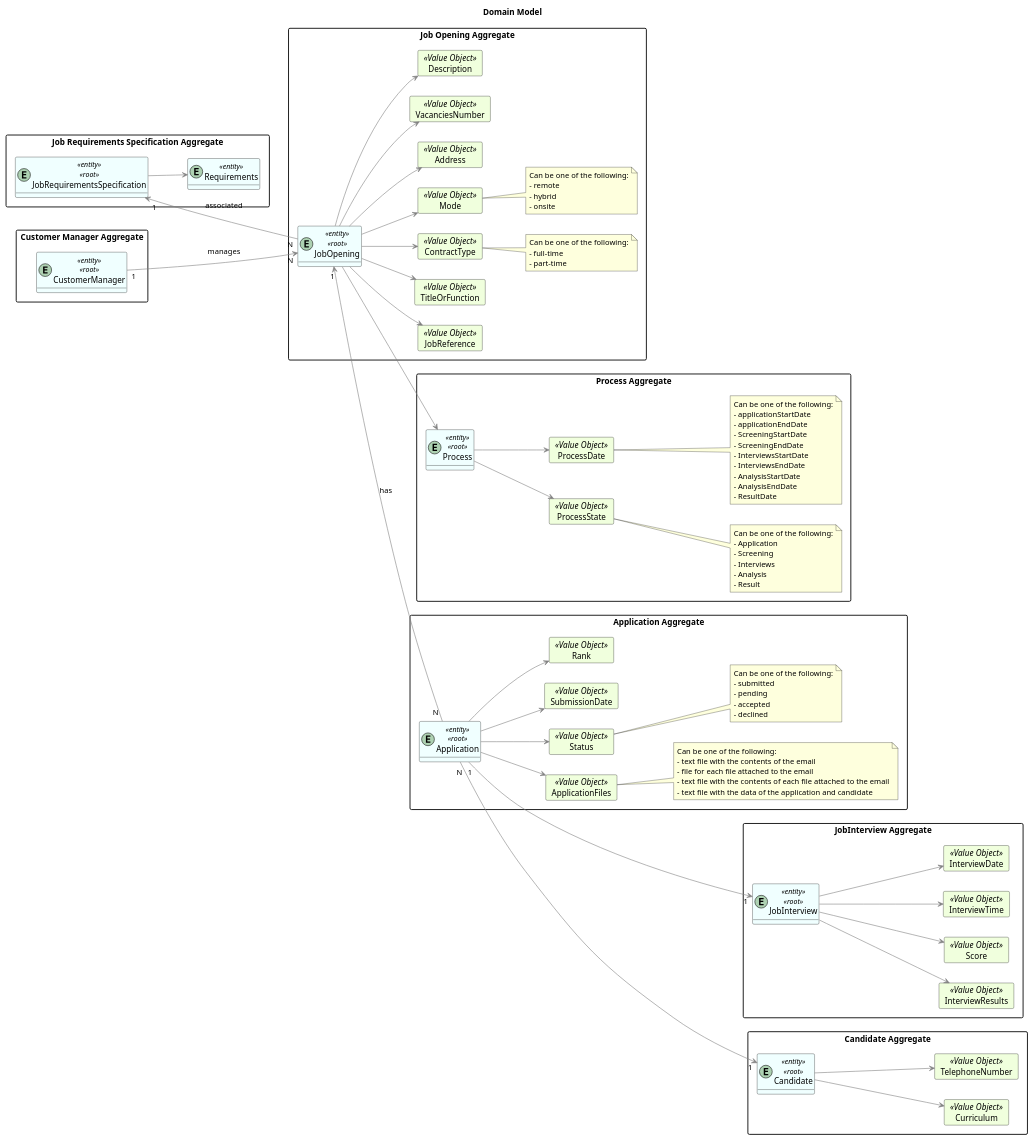
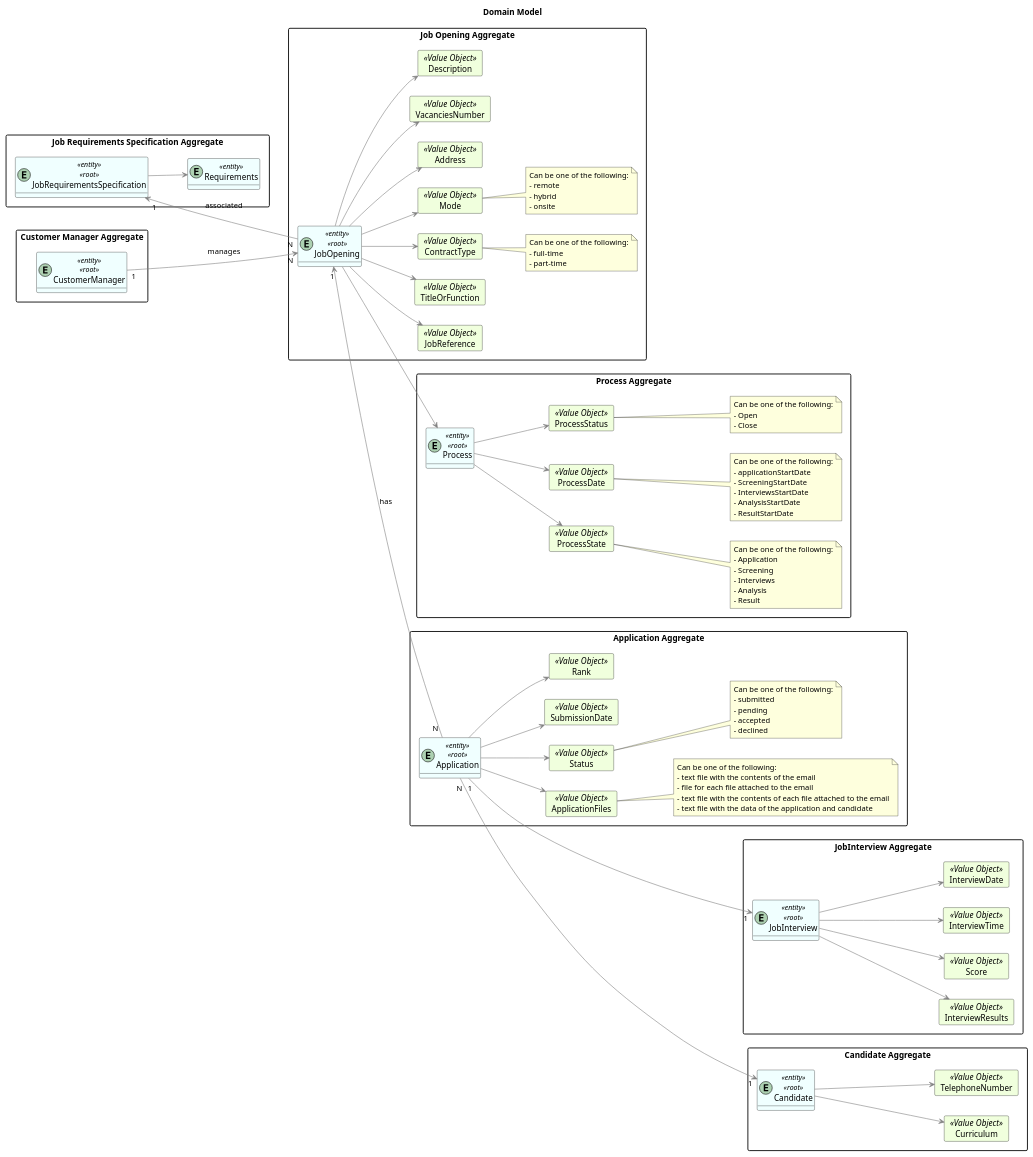
One commit to MiguelCardoso77/LAPR4 changed the diagram in docs/SprintC/1-job-interviews-evaluation/domain-model.puml. Above: the diagram before and after it, drawn with PlantUML. The commit also changed 3 other files, not shown here.

```diff
--- a/docs/SprintC/1-job-interviews-evaluation/domain-model.puml
+++ b/docs/SprintC/1-job-interviews-evaluation/domain-model.puml
@@ -1,189 +1,194 @@
 @startuml
 hide methods
 left to right direction
 'skinparam linetype ortho
 
 Title "Domain Model"
 
 skinparam class {
     LifeLineBorderColor DarkBlue
     LifeLineBackgroundColor APPLICATION
     BackgroundColor #F0FFFF
     ArrowColor grey
     BorderColor black
 }
 
 skinparam packageStyle rectangle
 
 skinparam card {
     LifeLineBorderColor Green
     LifeLineBackgroundColor APPLICATION
     BackgroundColor #F0FFDD
     ArrowColor DarkGrey
     BorderColor Black
 }
 
 package "Job Requirements Specification Aggregate"{
 entity JobRequirementsSpecification <<entity>><<root>>
 
     entity Requirements <<entity>>
 
     JobRequirementsSpecification --> Requirements
 
 }
 
 package "Job Opening Aggregate"{
 entity JobOpening <<entity>><<root>>
 
     card JobReference <<Value Object>> {
     }
     card TitleOrFunction <<Value Object>> {
     }
     card ContractType <<Value Object>> {
     }
     card Mode <<Value Object>> {
     }
     card Address <<Value Object>> {
     }
     card VacanciesNumber <<Value Object>> {
     }
     card Description <<Value Object>> {
     }
 
     JobOpening --> JobReference
     JobOpening --> TitleOrFunction
     JobOpening --> ContractType
     JobOpening --> Mode
     JobOpening --> Address
     JobOpening --> VacanciesNumber
     JobOpening --> Description
 
     note right of ContractType
         Can be one of the following:
         - full-time
         - part-time
     end note
 
     note right of Mode
          Can be one of the following:
          - remote
          - hybrid
          - onsite
     end note
 
 }
 
 package "JobInterview Aggregate"{
 entity JobInterview <<entity>><<root>>
 
      card InterviewResults <<Value Object>> {
      }
      card Score <<Value Object>> {
      }
      card InterviewTime <<Value Object>> {
      }
      card InterviewDate <<Value Object>> {
      }
 
      JobInterview --> InterviewResults
      JobInterview --> Score
      JobInterview --> InterviewTime
      JobInterview --> InterviewDate
 
 }
 
 package "Process Aggregate"{
 entity Process <<entity>><<root>>
 
     card ProcessState <<Value Object>> {
     }
     card ProcessDate <<Value Object>> {
     }
+    card ProcessStatus <<Value Object>>{
+    }
 
     Process --> ProcessState
     Process --> ProcessDate
+    Process --> ProcessStatus
 
     note right of ProcessDate
         Can be one of the following:
         - applicationStartDate
-        - applicationEndDate
         - ScreeningStartDate
-        - ScreeningEndDate
         - InterviewsStartDate
-        - InterviewsEndDate
         - AnalysisStartDate
-        - AnalysisEndDate
-        - ResultDate
+        - ResultStartDate
     end note
 
     note right of ProcessState
         Can be one of the following:
         - Application
         - Screening
         - Interviews
         - Analysis
         - Result
+    end note
+
+    note right of ProcessStatus
+        Can be one of the following:
+        - Open
+        - Close
     end note
 
 }
 
 package "Application Aggregate"{
 entity Application <<entity>><<root>>
 
     card ApplicationFiles <<Value Object>>{
     }
     card Status <<Value Object>>{
     }
     card SubmissionDate <<Value Object>>{
     }
     card Rank <<Value Object>>{
     }
 
     Application --> ApplicationFiles
     Application --> Status
     Application --> SubmissionDate
     Application --> Rank
 
     note right of Status
         Can be one of the following:
         - submitted
         - pending
         - accepted
         - declined
     end note
 
     note right of ApplicationFiles
         Can be one of the following:
         - text file with the contents of the email
         - file for each file attached to the email
         - text file with the contents of each file attached to the email
         - text file with the data of the application and candidate
     end note
 
 }
 
 package "Candidate Aggregate"{
 entity Candidate <<entity>><<root>>
 
     card Curriculum <<Value Object>> {
     }
     card TelephoneNumber <<Value Object>>{
     }
 
     Candidate --> Curriculum
     Candidate --> TelephoneNumber
 }
 
 package "Customer Manager Aggregate"{
 entity CustomerManager <<entity>><<root>>
 
 }
 
 JobOpening  --> Process
 JobRequirementsSpecification "1" <--- "N" JobOpening : associated
 CustomerManager "1" ---> "N" JobOpening : manages
 Application "N" ---> "1" Candidate
 Application "1" ---> "1" JobInterview
 JobOpening "1" <-- "N " Application : has
 
 @enduml
```
